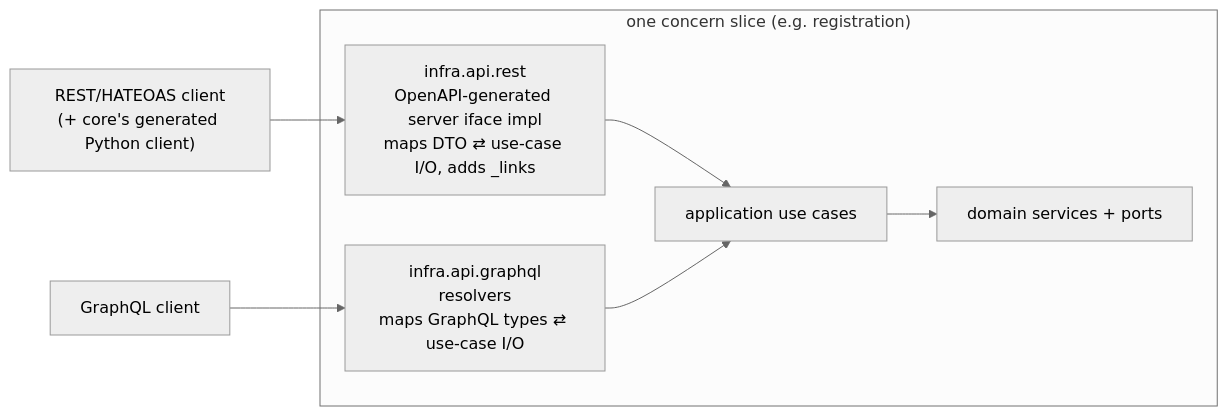
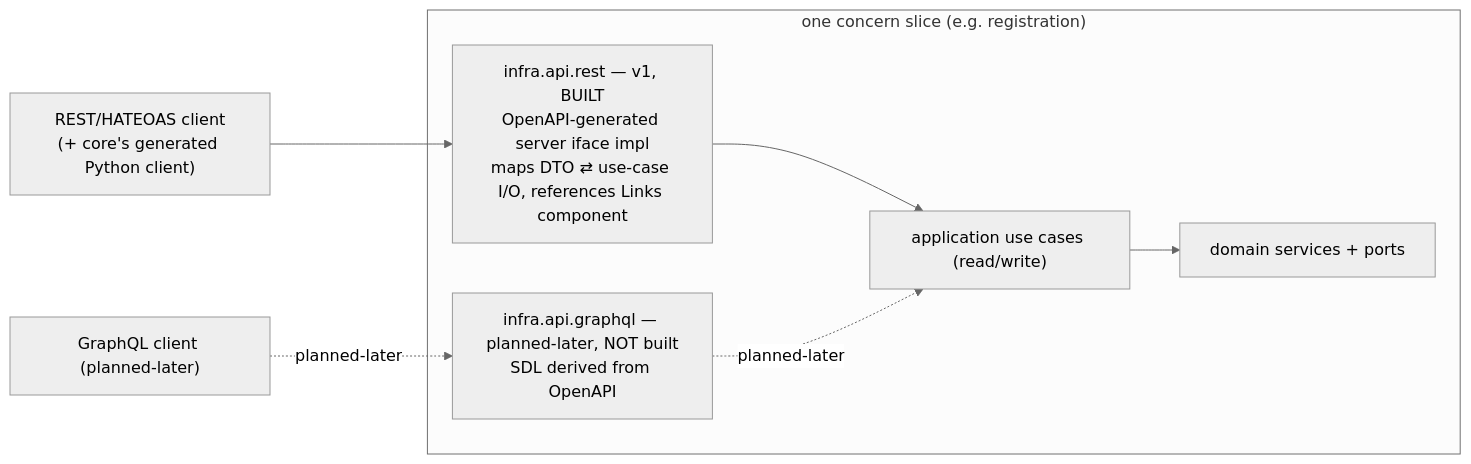
The second of 4 diagrams in kitty-specs/pack-registration-distribution-01M56M49/architecture.md (spec-kitty/spec-kitty-charter), drawn with Mermaid (neutral theme) before and after one commit. The commit also changed other lines of this file and 29 other files, not shown here.

First line of the commit message:
docs(plan): synthesize design — ADRs 0005-0007, architecture, BDD suite

````diff
--- a/kitty-specs/pack-registration-distribution-01M56M49/architecture.md
+++ b/kitty-specs/pack-registration-distribution-01M56M49/architecture.md
@@ -174,14 +176,14 @@
 ```mermaid
 flowchart LR
   consumer_rest["REST/HATEOAS client<br/>(+ core's generated Python client)"] --> restadp
-  consumer_gql["GraphQL client"] --> gqladp
+  consumer_gql["GraphQL client (planned-later)"] -. planned-later .-> gqladp
   subgraph slice["one concern slice (e.g. registration)"]
-    restadp["infra.api.rest<br/>OpenAPI-generated server iface impl<br/>maps DTO ⇄ use-case I/O, adds _links"]
-    gqladp["infra.api.graphql<br/>resolvers<br/>maps GraphQL types ⇄ use-case I/O"]
-    uc["application use cases"]
+    restadp["infra.api.rest — v1, BUILT<br/>OpenAPI-generated server iface impl<br/>maps DTO ⇄ use-case I/O, references Links component"]
+    gqladp["infra.api.graphql — planned-later, NOT built<br/>SDL derived from OpenAPI"]
+    uc["application use cases (read/write)"]
     dom["domain services + ports"]
     restadp --> uc
-    gqladp --> uc
+    gqladp -. planned-later .-> uc
     uc --> dom
   end
 ```
````
